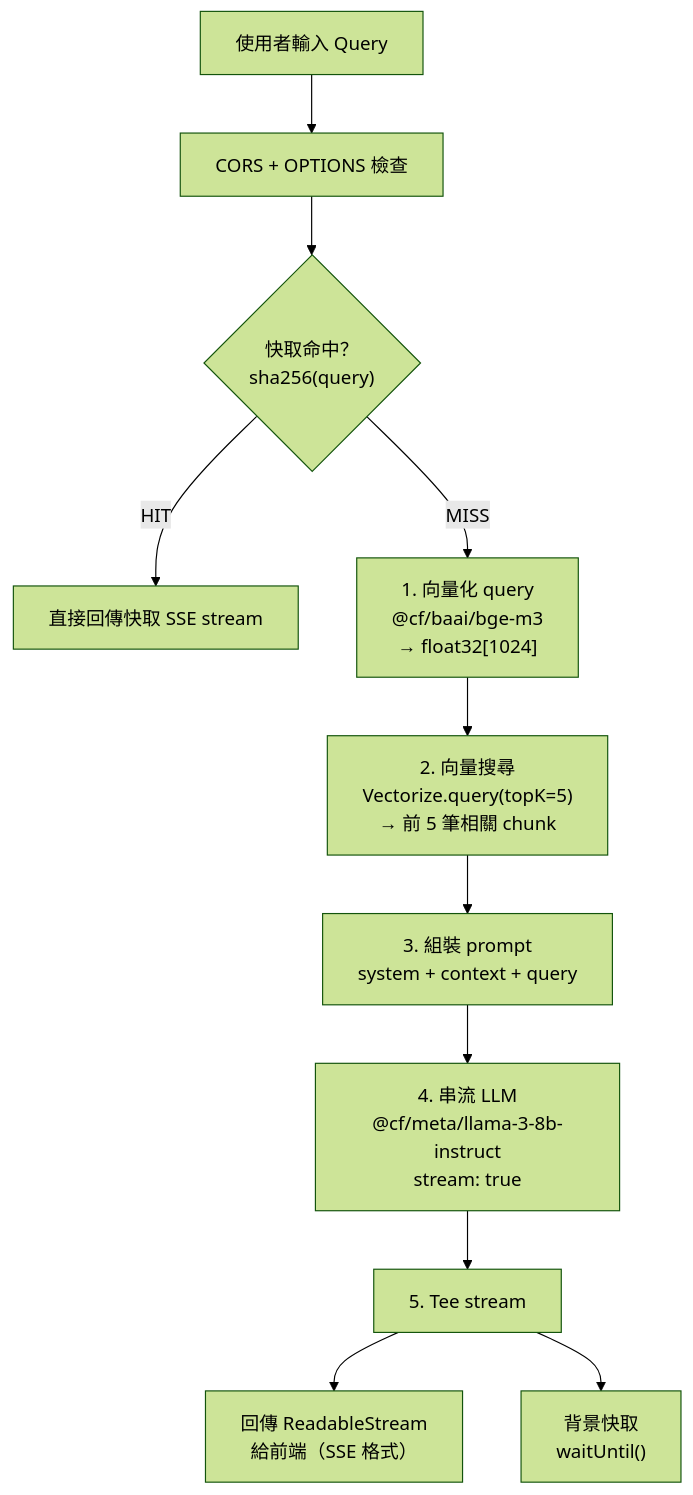
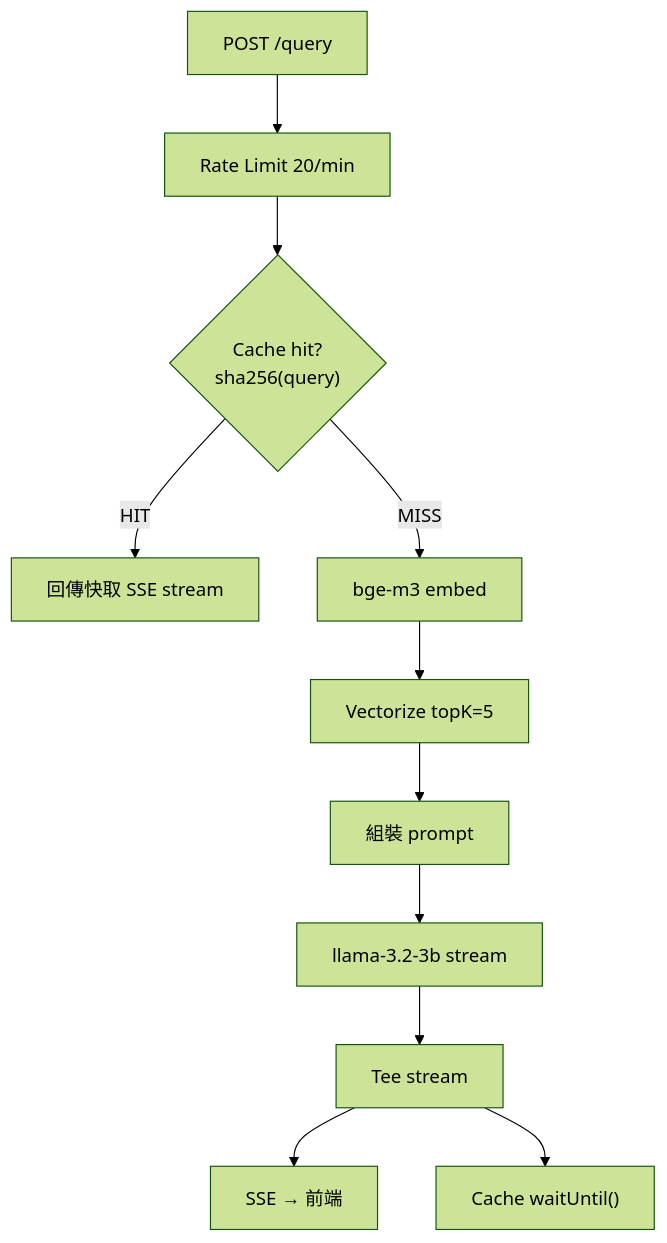
The third of 5 diagrams in docs/architecture.md (a920604a/self-reusme-website), drawn with Mermaid (forest theme) before and after one commit. The commit also changed other lines of this file and 2 other files, not shown here.

Commit message:
refactor documentation: enhance routing, theme, and hooks sections in CLAUDE.md; update features and architecture in README.md and architecture.md

````diff
--- a/docs/architecture.md
+++ b/docs/architecture.md
@@ -136,15 +128,13 @@
 ```mermaid
 flowchart TD
-    Q["使用者輸入 Query"] --> CORS["CORS + OPTIONS 檢查"]
-    CORS --> CACHE{"快取命中？\nsha256(query)"}
-
-    CACHE -- "HIT" --> CACHED["直接回傳快取 SSE stream"]
-
-    CACHE -- "MISS" --> EMBED["1. 向量化 query\n@cf/baai/bge-m3\n→ float32[1024]"]
-    EMBED --> SEARCH["2. 向量搜尋\nVectorize.query(topK=5)\n→ 前 5 筆相關 chunk"]
-    SEARCH --> PROMPT["3. 組裝 prompt\nsystem + context + query"]
-    PROMPT --> LLM["4. 串流 LLM\n@cf/meta/llama-3-8b-instruct\nstream: true"]
-    LLM --> TEE["5. Tee stream"]
-    TEE --> CLIENT["回傳 ReadableStream\n給前端（SSE 格式）"]
-    TEE --> STORE["背景快取\nwaitUntil()"]
+    Q["POST /query"] --> RL["Rate Limit 20/min"]
+    RL --> CACHE{"Cache hit?\nsha256(query)"}
+    CACHE -- HIT --> CACHED["回傳快取 SSE stream"]
+    CACHE -- MISS --> EMBED["bge-m3 embed"]
+    EMBED --> VZ["Vectorize topK=5"]
+    VZ --> PROMPT["組裝 prompt"]
+    PROMPT --> LLM["llama-3.2-3b stream"]
+    LLM --> TEE["Tee stream"]
+    TEE --> CLIENT["SSE → 前端"]
+    TEE --> STORE["Cache waitUntil()"]
 ```
````
